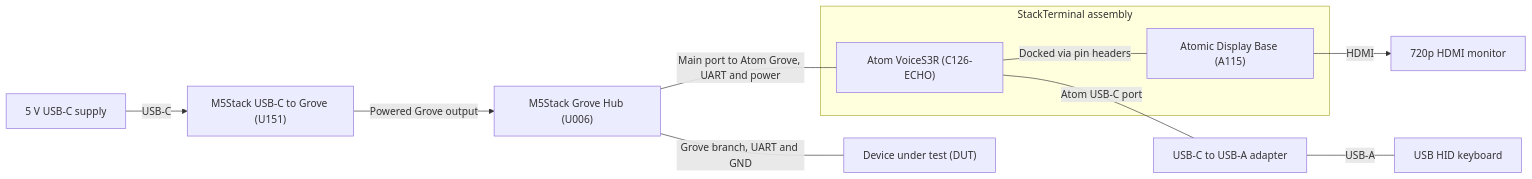
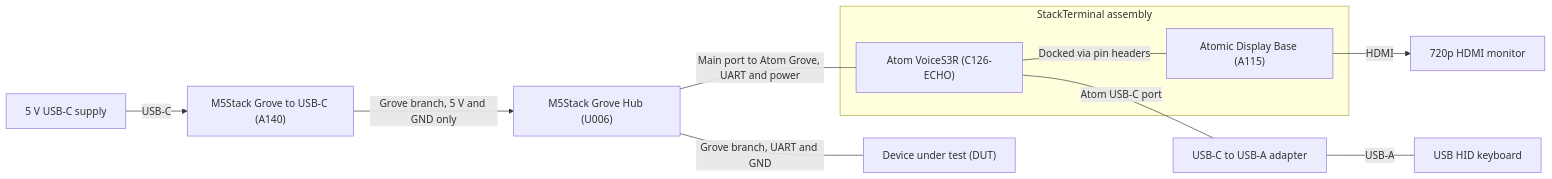
One commit to H1M4W4R1/StackTerminal changed the diagram in README.md. Above: the diagram before and after it, drawn with Mermaid. The commit also changed other lines of this file, not shown here.

Commit message:
Fixed component ID

````diff
--- a/README.md
+++ b/README.md
@@ -9,15 +9,15 @@
 ```mermaid
 flowchart LR
-    supply["5 V USB-C supply"] -->|USB-C| power["M5Stack USB-C to Grove (U151)"]
-    power -->|Powered Grove output| hub["M5Stack Grove Hub (U006)"]
+    supply["5 V USB-C supply"] -->|USB-C| power["M5Stack Grove to USB-C (A140)"]
+    power -->|Grove branch, 5 V and GND only| hub["M5Stack Grove Hub (U006)"]
     hub ---|Grove branch, UART and GND| dut["Device under test (DUT)"]
     subgraph terminal["StackTerminal assembly"]
         atom["Atom VoiceS3R (C126-ECHO)"]
         atom ---|Docked via pin headers| base["Atomic Display Base (A115)"]
     end
 
     hub ---|Main port to Atom Grove, UART and power| atom
     atom ---|Atom USB-C port| adapter["USB-C to USB-A adapter"]
     adapter ---|USB-A| keyboard["USB HID keyboard"]
     base -->|HDMI| monitor["720p HDMI monitor"]
 ```
````
